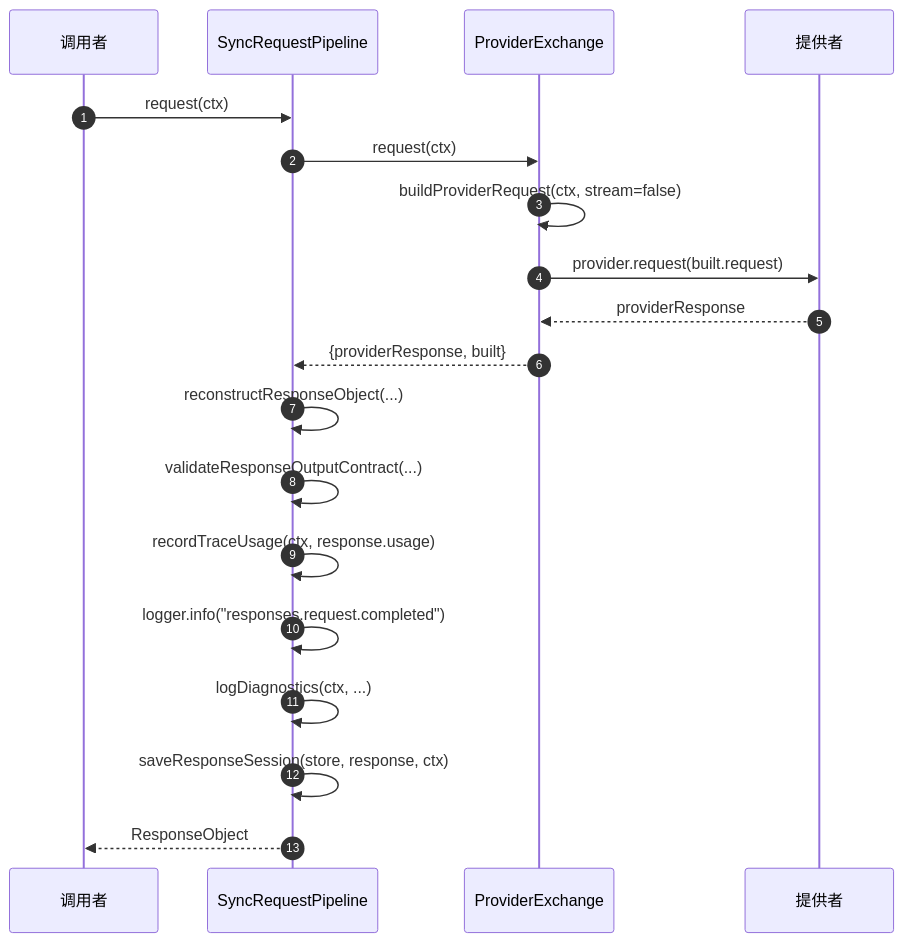
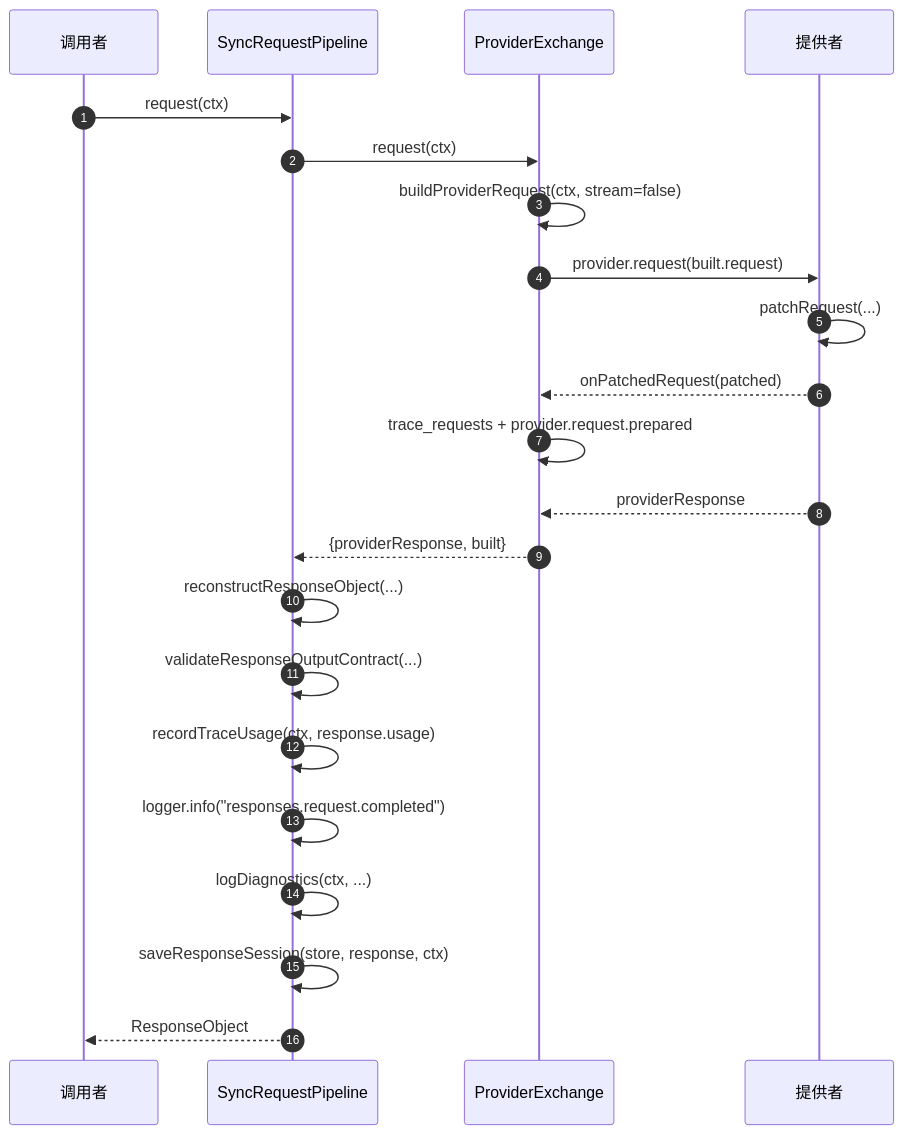
Before and after one commit to zamelee/GodeX: the first of 2 diagrams in wiki/zh/02-architecture/sync-pipeline.md, drawn with Mermaid. The commit also changed other lines of this file and 15 other files, not shown here.

First line of the commit message:
fix: trace patched provider requests (#138)

````diff
--- a/wiki/zh/02-architecture/sync-pipeline.md
+++ b/wiki/zh/02-architecture/sync-pipeline.md
@@ -34,22 +34,25 @@
 ```mermaid
 sequenceDiagram
     autonumber
     participant C as 调用者
     participant S as SyncRequestPipeline
     participant E as ProviderExchange
     participant P as 提供者
 
     C->>S: request(ctx)
     S->>E: request(ctx)
     E->>E: buildProviderRequest(ctx, stream=false)
     E->>P: provider.request(built.request)
+    P->>P: patchRequest(...)
+    P-->>E: onPatchedRequest(patched)
+    E->>E: trace_requests + provider.request.prepared
     P-->>E: providerResponse
     E-->>S: {providerResponse, built}
     S->>S: reconstructResponseObject(...)
     S->>S: validateResponseOutputContract(...)
     S->>S: recordTraceUsage(ctx, response.usage)
     S->>S: logger.info("responses.request.completed")
     S->>S: logDiagnostics(ctx, ...)
     S->>S: saveResponseSession(store, response, ctx)
     S-->>C: ResponseObject
 ```
````
